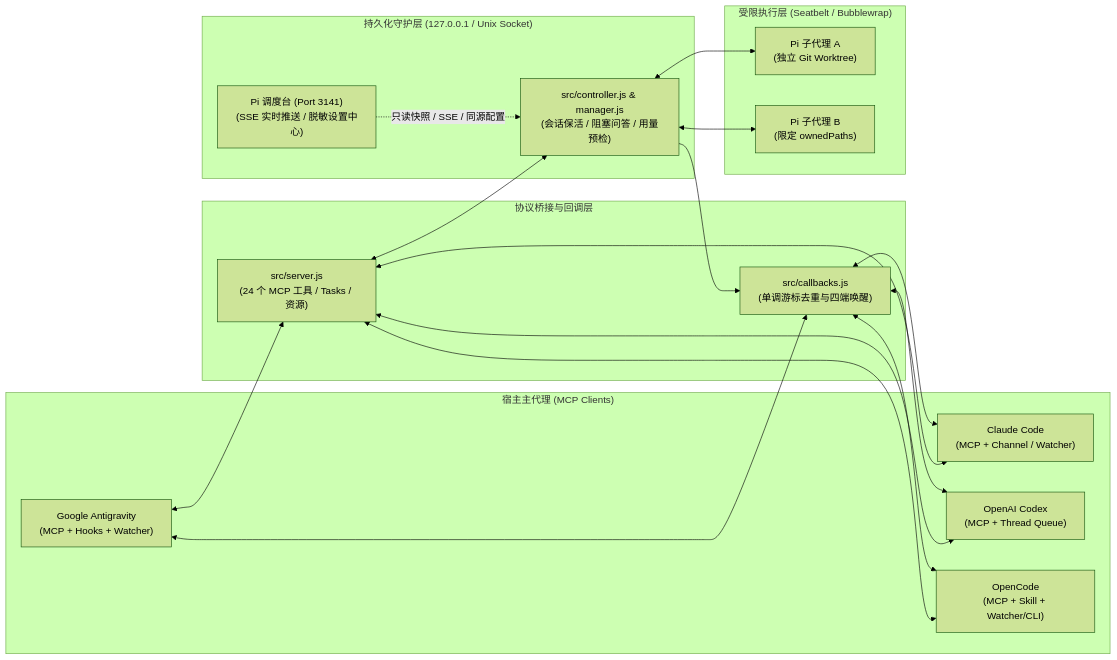
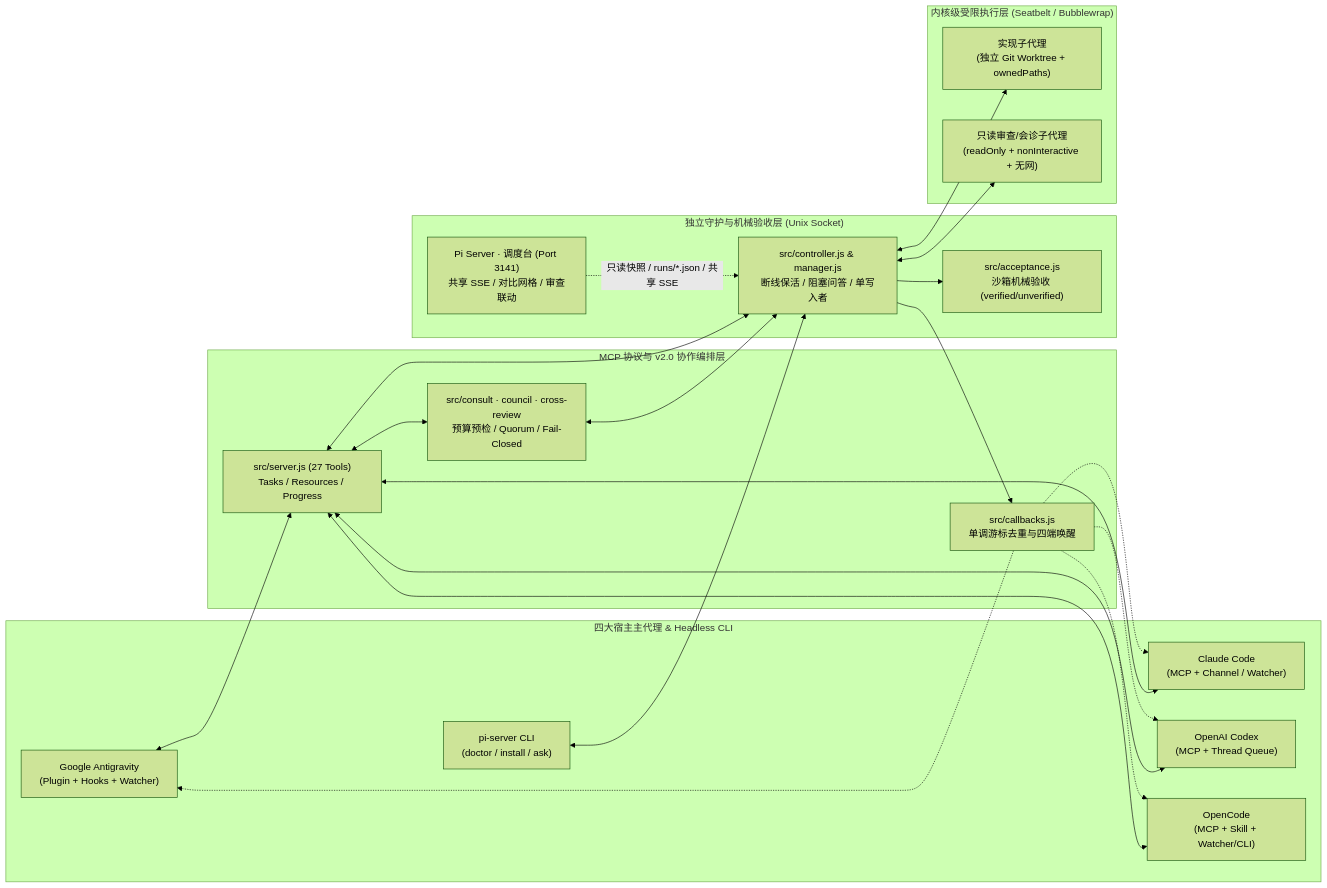
Before and after one commit to paintstar/PI-Server: the diagram in README.md, drawn with Mermaid (forest theme). The commit also changed other lines of this file and 68 other files, not shown here.

Commit message:
发布 Pi Server v2.0.0：多模型协作原语、机械化验收闭环、后端加固、统一 CLI 与调度台升级

````diff
--- a/README.md
+++ b/README.md
@@ -39,38 +77,41 @@
 ```mermaid
 flowchart LR
-  subgraph Hosts["宿主主代理 (MCP Clients)"]
-    AGY["Google Antigravity\n(MCP + Hooks + Watcher)"]
+  subgraph Hosts["四大宿主主代理 & Headless CLI"]
+    AGY["Google Antigravity\n(Plugin + Hooks + Watcher)"]
     CC["Claude Code\n(MCP + Channel / Watcher)"]
     CDX["OpenAI Codex\n(MCP + Thread Queue)"]
     OC["OpenCode\n(MCP + Skill + Watcher/CLI)"]
+    CLI["pi-server CLI\n(doctor / install / ask)"]
   end
 
-  subgraph Bridge["协议桥接与回调层"]
-    SRV["src/server.js\n(24 个 MCP 工具 / Tasks / 资源)"]
-    CB["src/callbacks.js\n(单调游标去重与四端唤醒)"]
+  subgraph Bridge["MCP 协议与 v2.0 协作编排层"]
+    SRV["src/server.js (27 Tools)\nTasks / Resources / Progress"]
+    ORCH["src/consult · council · cross-review\n预算预检 / Quorum / Fail-Closed"]
+    CB["src/callbacks.js\n单调游标去重与四端唤醒"]
   end
 
-  subgraph Core["持久化守护层 (127.0.0.1 / Unix Socket)"]
-    CTRL["src/controller.js & manager.js\n(会话保活 / 阻塞问答 / 用量预检)"]
-    WEB["Pi 调度台 (Port 3141)\n(SSE 实时推送 / 脱敏设置中心)"]
+  subgraph Core["独立守护与机械验收层 (Unix Socket)"]
+    CTRL["src/controller.js & manager.js\n断线保活 / 阻塞问答 / 单写入者"]
+    ACC["src/acceptance.js\n沙箱机械验收 (verified/unverified)"]
+    WEB["Pi Server · 调度台 (Port 3141)\n共享 SSE / 对比网格 / 审查联动"]
   end
 
-  subgraph Workers["受限执行层 (Seatbelt / Bubblewrap)"]
-    PI1["Pi 子代理 A\n(独立 Git Worktree)"]
-    PI2["Pi 子代理 B\n(限定 ownedPaths)"]
+  subgraph Workers["内核级受限执行层 (Seatbelt / Bubblewrap)"]
+    PI1["实现子代理\n(独立 Git Worktree + ownedPaths)"]
+    PI2["只读审查/会诊子代理\n(readOnly + nonInteractive + 无网)"]
   end
 
   AGY <--> SRV
   CC <--> SRV
   CDX <--> SRV
   OC <--> SRV
+  CLI <--> CTRL
+  SRV <--> ORCH
   SRV <--> CTRL
-  CB <--> AGY
-  CB <--> CC
-  CB <--> CDX
-  CB <--> OC
+  ORCH <--> CTRL
+  CTRL --> ACC
   CTRL --> CB
-  CTRL <--> PI1
-  CTRL <--> PI2
-  WEB -. "只读快照 / SSE / 同源配置" .-> CTRL
+  CB -.-> AGY & CC & CDX & OC
+  CTRL <--> PI1 & PI2
+  WEB -. "只读快照 / runs/*.json / 共享 SSE" .-> CTRL
 ```
````
